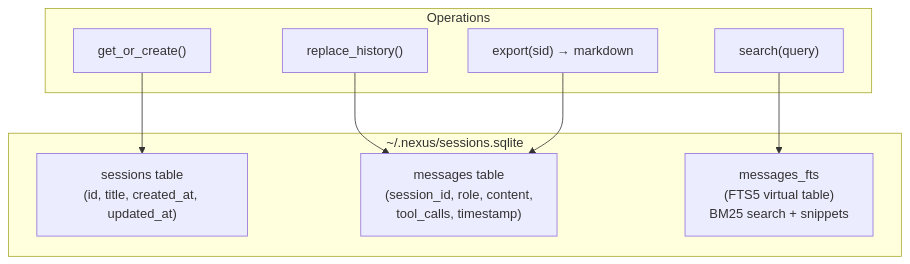
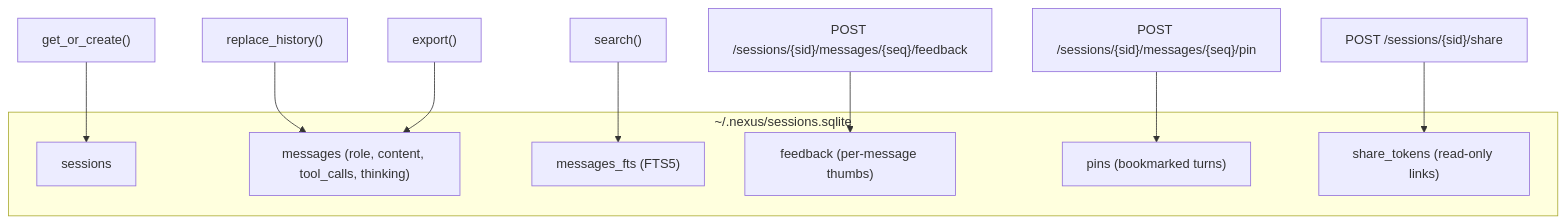
The ninth of 11 diagrams in README.md (NinoCoelho/nexus), drawn with Mermaid before and after one commit. The commit also changed other lines of this file and 1 other file, not shown here.

````diff
--- a/README.md
+++ b/README.md
@@ -589,20 +540,19 @@
 ```mermaid
 graph TB
     subgraph "~/.nexus/sessions.sqlite"
-        SESS["sessions table<br/>(id, title, created_at, updated_at)"]
-        MSGS["messages table<br/>(session_id, role, content,<br/>tool_calls, timestamp)"]
-        FTS["messages_fts<br/>(FTS5 virtual table)<br/>BM25 search + snippets"]
+        SESS["sessions"]
+        MSGS["messages (role, content, tool_calls, thinking)"]
+        FTS["messages_fts (FTS5)"]
+        FB["feedback (per-message thumbs)"]
+        PIN["pins (bookmarked turns)"]
+        SHARE["share_tokens (read-only links)"]
     end
 
-    subgraph "Operations"
-        GET["get_or_create()"]
-        HIST["replace_history()"]
-        SRCH["search(query)"]
-        EXP["export(sid) → markdown"]
-    end
-
-    GET --> SESS
-    HIST --> MSGS
-    SRCH --> FTS
-    EXP --> MSGS
+    GET["get_or_create()"] --> SESS
+    HIST["replace_history()"] --> MSGS
+    SRCH["search()"] --> FTS
+    EXP["export()"] --> MSGS
+    SH["POST /sessions/{sid}/share"] --> SHARE
+    PIN_API["POST /sessions/{sid}/messages/{seq}/pin"] --> PIN
+    FB_API["POST /sessions/{sid}/messages/{seq}/feedback"] --> FB
 ```
````
